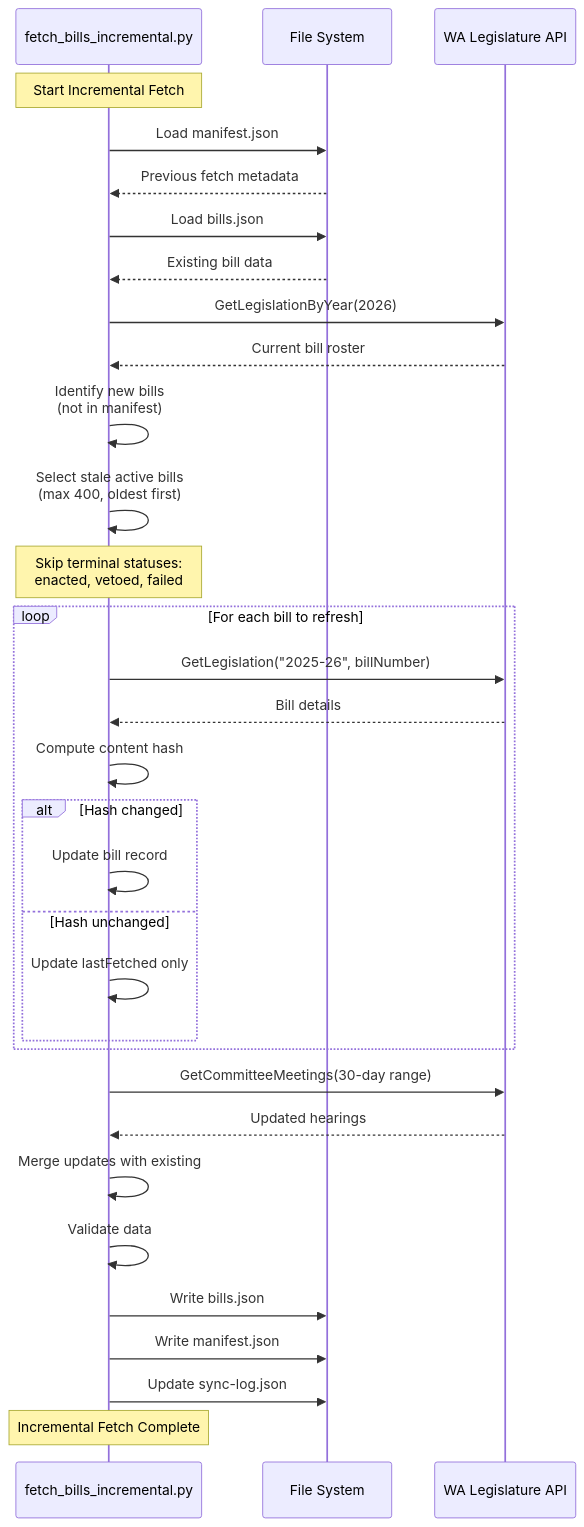
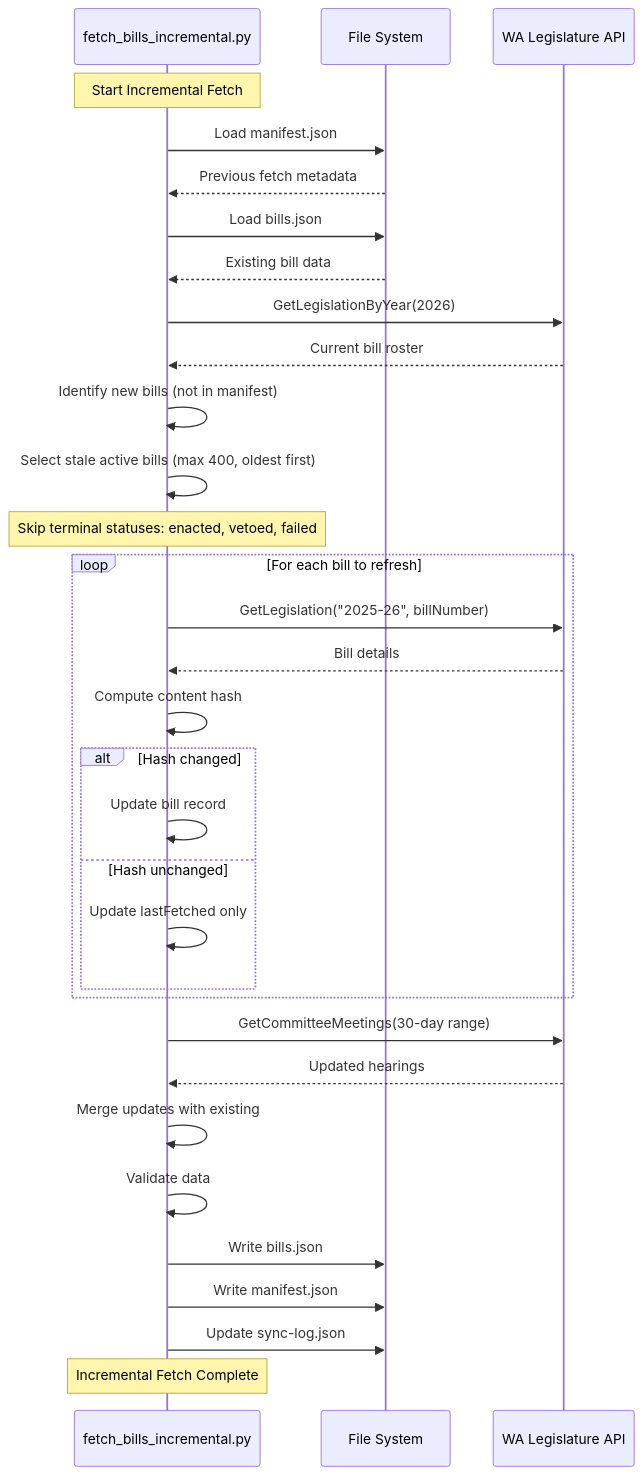
Before and after one commit to jeff-is-working/wa-bill-tracker: the fifth of 9 diagrams in docs/ARCHITECTURE.md, drawn with Mermaid. The commit also changed other lines of this file and 6 other files, not shown here.

````diff
--- a/docs/ARCHITECTURE.md
+++ b/docs/ARCHITECTURE.md
@@ -278,46 +292,45 @@
 ```mermaid
 sequenceDiagram
     participant S as fetch_bills_incremental.py
     participant FS as File System
     participant API as WA Legislature API
 
     Note over S: Start Incremental Fetch
 
     S->>FS: Load manifest.json
     FS-->>S: Previous fetch metadata
 
     S->>FS: Load bills.json
     FS-->>S: Existing bill data
 
     S->>API: GetLegislationByYear(2026)
     API-->>S: Current bill roster
 
-    S->>S: Identify new bills<br/>(not in manifest)
+    S->>S: Identify new bills (not in manifest)
+    S->>S: Select stale active bills (max 400, oldest first)
 
-    S->>S: Select stale active bills<br/>(max 400, oldest first)
-
-    Note over S: Skip terminal statuses:<br/>enacted, vetoed, failed
+    Note over S: Skip terminal statuses: enacted, vetoed, failed
 
     loop For each bill to refresh
         S->>API: GetLegislation("2025-26", billNumber)
         API-->>S: Bill details
         S->>S: Compute content hash
         alt Hash changed
             S->>S: Update bill record
         else Hash unchanged
             S->>S: Update lastFetched only
         end
     end
 
     S->>API: GetCommitteeMeetings(30-day range)
     API-->>S: Updated hearings
 
     S->>S: Merge updates with existing
     S->>S: Validate data
 
     S->>FS: Write bills.json
     S->>FS: Write manifest.json
     S->>FS: Update sync-log.json
 
     Note over S: Incremental Fetch Complete
 ```
````
